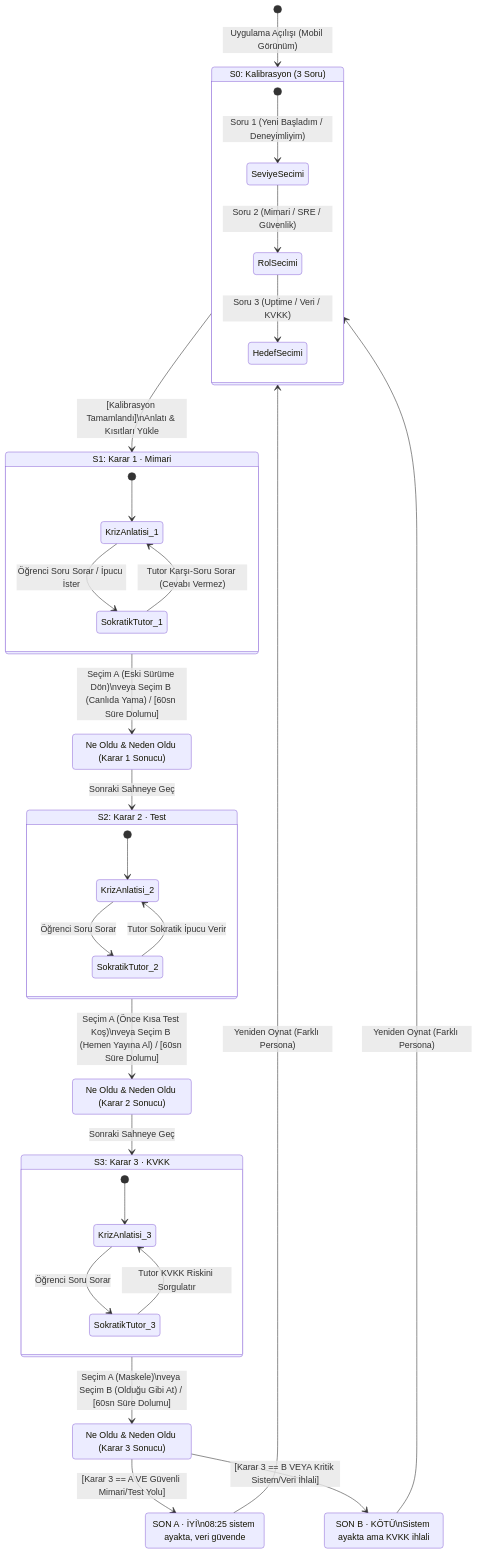
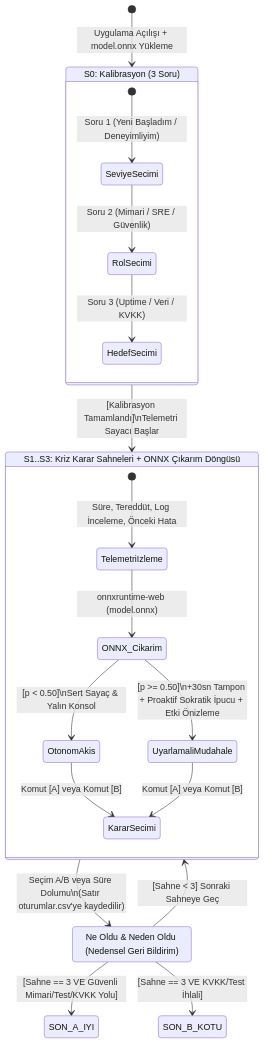
One commit to Arda-ERDEM/SE_Primer changed the diagram in spec.md. Above: the diagram before and after it, drawn with Mermaid. The commit also changed other lines of this file and 31 other files, not shown here.

Commit message:
feat(v2): se_primer v2.0 onnx model, parity tests and ui updates

````diff
--- a/spec.md
+++ b/spec.md
@@ -52,50 +92,27 @@
 ```mermaid
 stateDiagram-v2
-    [*] --> S0_KALIBRASYON : Uygulama Açılışı (Mobil Görünüm)
+    [*] --> S0_KALIBRASYON : Uygulama Açılışı + model.onnx Yükleme
 
     state "S0: Kalibrasyon (3 Soru)" as S0_KALIBRASYON {
         [*] --> SeviyeSecimi : Soru 1 (Yeni Başladım / Deneyimliyim)
         SeviyeSecimi --> RolSecimi : Soru 2 (Mimari / SRE / Güvenlik)
         RolSecimi --> HedefSecimi : Soru 3 (Uptime / Veri / KVKK)
     }
 
-    S0_KALIBRASYON --> S1_MIMARI_KARAR : [Kalibrasyon Tamamlandı]\nAnlatı & Kısıtları Yükle
+    S0_KALIBRASYON --> S1_KRIZ_SAHNESI : [Kalibrasyon Tamamlandı]\nTelemetri Sayacı Başlar
 
-    state "S1: Karar 1 · Mimari" as S1_MIMARI_KARAR {
-        [*] --> KrizAnlatisi_1
-        KrizAnlatisi_1 --> SokratikTutor_1 : Öğrenci Soru Sorar / İpucu İster
-        SokratikTutor_1 --> KrizAnlatisi_1 : Tutor Karşı-Soru Sorar (Cevabı Vermez)
+    state "S1..S3: Kriz Karar Sahneleri + ONNX Çıkarım Döngüsü" as S1_KRIZ_SAHNESI {
+        [*] --> TelemetriIzleme : Süre, Tereddüt, Log İnceleme, Önceki Hata
+        TelemetriIzleme --> ONNX_Cikarim : onnxruntime-web (model.onnx)
+        ONNX_Cikarim --> OtonomAkis : [p < 0.50]\nSert Sayaç & Yalın Konsol
+        ONNX_Cikarim --> UyarlamaliMudahale : [p >= 0.50]\n+30sn Tampon + Proaktif Sokratik İpucu + Etki Önizleme
+        OtonomAkis --> KararSecimi : Komut [A] veya Komut [B]
+        UyarlamaliMudahale --> KararSecimi : Komut [A] veya Komut [B]
     }
 
-    S1_MIMARI_KARAR --> R1_ANALIZ : Seçim A (Eski Sürüme Dön)\nveya Seçim B (Canlıda Yama) / [60sn Süre Dolumu]
-    R1_ANALIZ : Ne Oldu & Neden Oldu (Karar 1 Sonucu)
-    R1_ANALIZ --> S2_TEST_KARAR : Sonraki Sahneye Geç
-
-    state "S2: Karar 2 · Test" as S2_TEST_KARAR {
-        [*] --> KrizAnlatisi_2
-        KrizAnlatisi_2 --> SokratikTutor_2 : Öğrenci Soru Sorar
-        SokratikTutor_2 --> KrizAnlatisi_2 : Tutor Sokratik İpucu Verir
-    }
-
-    S2_TEST_KARAR --> R2_ANALIZ : Seçim A (Önce Kısa Test Koş)\nveya Seçim B (Hemen Yayına Al) / [60sn Süre Dolumu]
-    R2_ANALIZ : Ne Oldu & Neden Oldu (Karar 2 Sonucu)
-    R2_ANALIZ --> S3_KVKK_KARAR : Sonraki Sahneye Geç
-
-    state "S3: Karar 3 · KVKK" as S3_KVKK_KARAR {
-        [*] --> KrizAnlatisi_3
-        KrizAnlatisi_3 --> SokratikTutor_3 : Öğrenci Soru Sorar
-        SokratikTutor_3 --> KrizAnlatisi_3 : Tutor KVKK Riskini Sorgulatır
-    }
-
-    S3_KVKK_KARAR --> R3_ANALIZ : Seçim A (Maskele)\nveya Seçim B (Olduğu Gibi At) / [60sn Süre Dolumu]
-    R3_ANALIZ : Ne Oldu & Neden Oldu (Karar 3 Sonucu)
-
-    R3_ANALIZ --> SON_A_IYI : [Karar 3 == A VE Güvenli Mimari/Test Yolu]
-    R3_ANALIZ --> SON_B_KOTU : [Karar 3 == B VEYA Kritik Sistem/Veri İhlali]
-
-    SON_A_IYI : SON A · İYİ\n08:25 sistem ayakta, veri güvende
-    SON_B_KOTU : SON B · KÖTÜ\nSistem ayakta ama KVKK ihlali
-
-    SON_A_IYI --> S0_KALIBRASYON : Yeniden Oynat (Farklı Persona)
-    SON_B_KOTU --> S0_KALIBRASYON : Yeniden Oynat (Farklı Persona)
+    S1_KRIZ_SAHNESI --> R_ANALIZ : Seçim A/B veya Süre Dolumu\n(Satır oturumlar.csv'ye kaydedilir)
+    R_ANALIZ : Ne Oldu & Neden Oldu (Nedensel Geri Bildirim)
+    R_ANALIZ --> S1_KRIZ_SAHNESI : [Sahne < 3] Sonraki Sahneye Geç
+    R_ANALIZ --> SON_A_IYI : [Sahne == 3 VE Güvenli Mimari/Test/KVKK Yolu]
+    R_ANALIZ --> SON_B_KOTU : [Sahne == 3 VE KVKK/Test İhlali]
 ```
````
